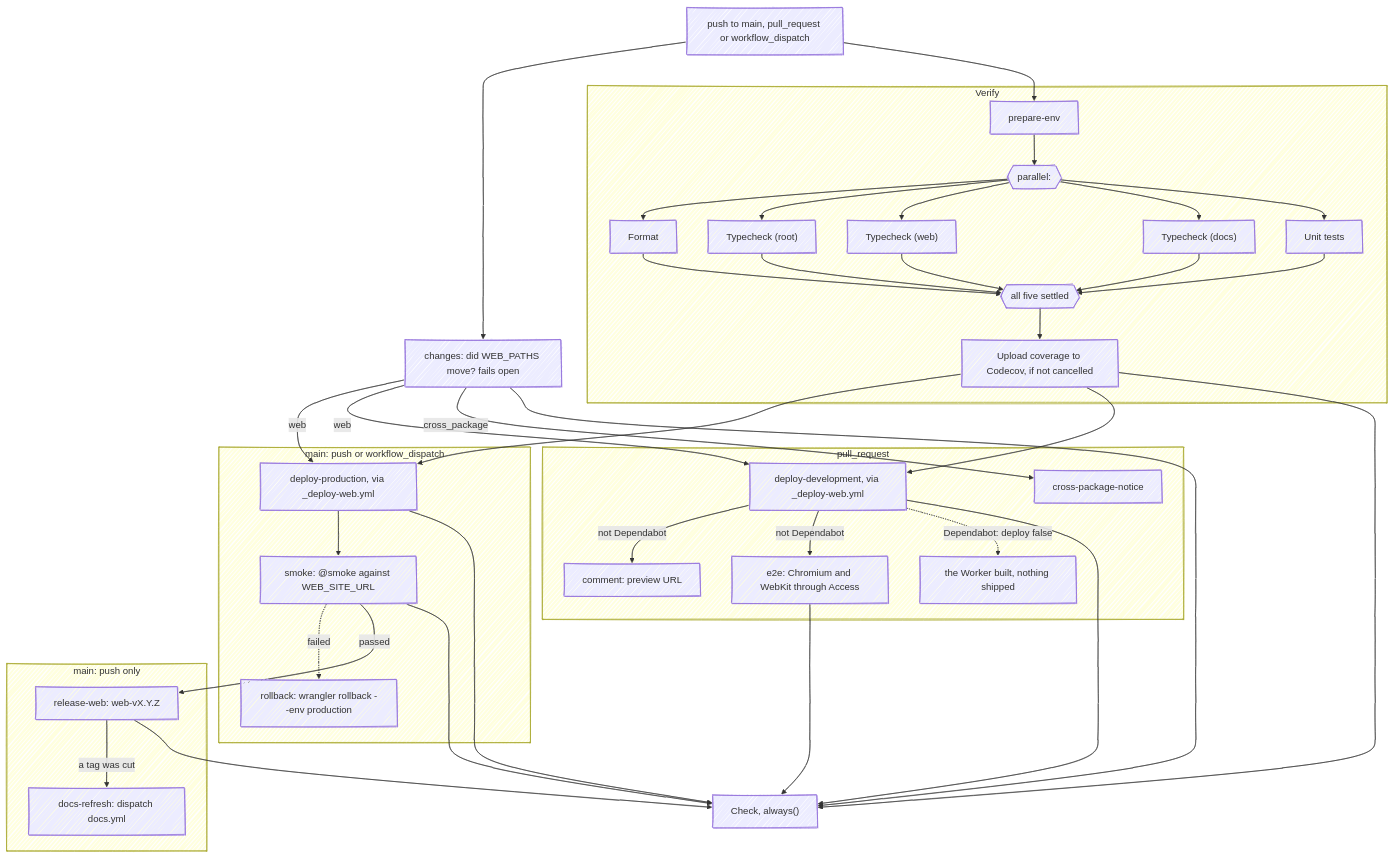
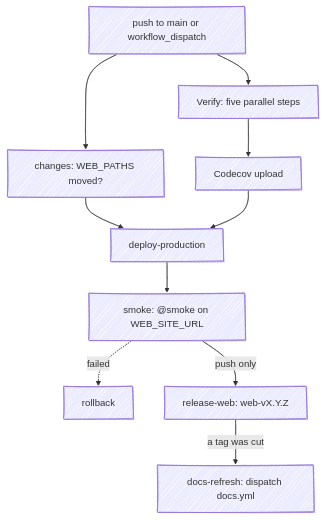
The first of 4 diagrams in apps/docs/src/content/docs/infra/workflows.mdx (fbuireu/forever-pto), drawn with Mermaid before and after one commit. The commit also changed other lines of this file and 2 other files, not shown here.

First line of the commit message:
docs(infra): rework the workflow diagrams and trim repeated passages

````diff
--- a/apps/docs/src/content/docs/infra/workflows.mdx
+++ b/apps/docs/src/content/docs/infra/workflows.mdx
@@ -27,33 +27,15 @@
 ```mermaid
 ---
 config:
   look: handDrawn
   layout: dagre
 ---
 flowchart TD
-  EVT["push to main, pull_request or workflow_dispatch"] --> CH & PE
-  CH["changes: did WEB_PATHS move? fails open"]
-  subgraph verify ["Verify"]
-    PE["prepare-env"] --> FORK{{"parallel:"}}
-    FORK --> FMT["Format"] & TR["Typecheck (root)"] & TW["Typecheck (web)"] & TDOC["Typecheck (docs)"] & UT["Unit tests"]
-    FMT & TR & TW & TDOC & UT --> JOIN{{"all five settled"}}
-    JOIN --> CC["Upload coverage to Codecov, if not cancelled"]
-  end
-  subgraph onmain ["main: push or workflow_dispatch"]
-    DP["deploy-production, via _deploy-web.yml"] --> SM["smoke: @smoke against WEB_SITE_URL"]
-    SM -. "failed" .-> RB["rollback: wrangler rollback --env production"]
-  end
-  subgraph pushonly ["main: push only"]
-    RW["release-web: web-vX.Y.Z"] -- "a tag was cut" --> DR["docs-refresh: dispatch docs.yml"]
-  end
-  subgraph onpr ["pull_request"]
-    DD["deploy-development, via _deploy-web.yml"] -- "not Dependabot" --> CM["comment: preview URL"] & E2E["e2e: Chromium and WebKit through Access"]
-    DD -. "Dependabot: deploy false" .-> BO["the Worker built, nothing shipped"]
-    XN["cross-package-notice"]
-  end
-  CH -- "web" --> DP & DD
-  CC --> DP & DD
-  SM -- "passed" --> RW
-  CH -- "cross_package" --> XN
-  CH & CC & DD & E2E & DP & SM & RW --> CK["Check, always()"]
+  EVT["push to main or workflow_dispatch"] --> CH["changes: WEB_PATHS moved?"] & V["Verify: five parallel steps"]
+  V --> CC["Codecov upload"]
+  CH & CC --> DP["deploy-production"]
+  DP --> SM["smoke: @smoke on WEB_SITE_URL"]
+  SM -. failed .-> RB["rollback"]
+  SM -->|"push only"| RW["release-web: web-vX.Y.Z"]
+  RW -->|"a tag was cut"| DR["docs-refresh: dispatch docs.yml"]
 ```
````
